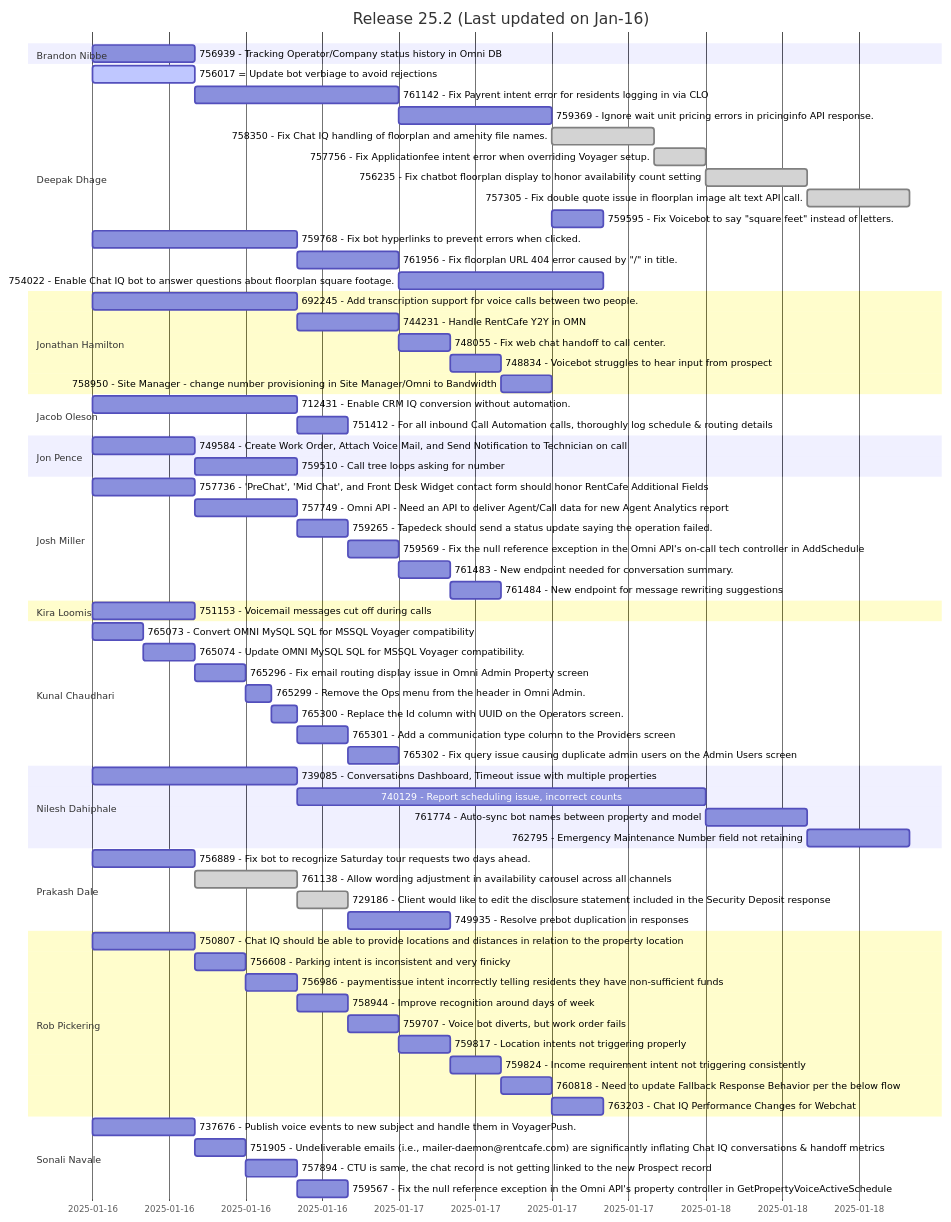
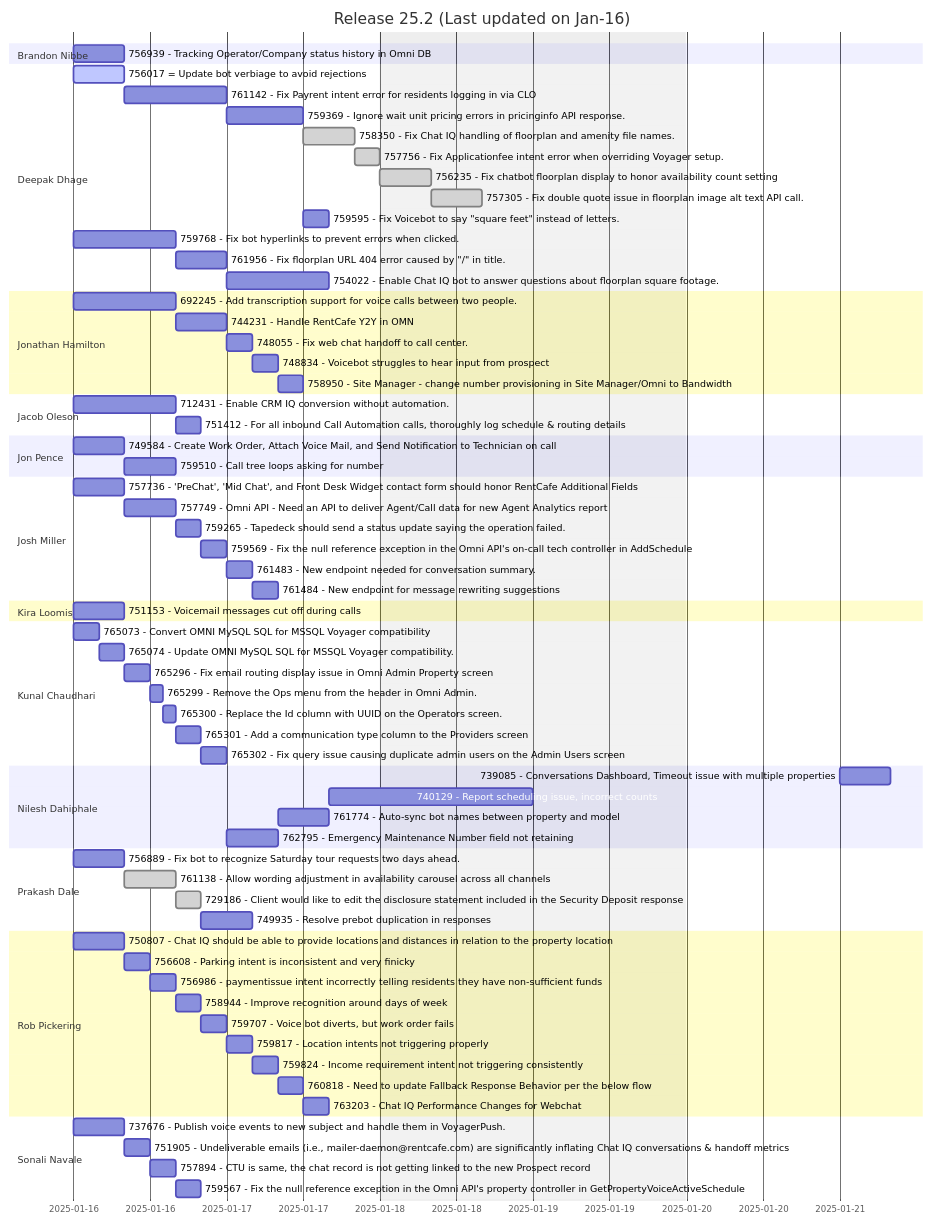
The diagram in README.md (prakash-dale/prakash-dale.github.io), drawn with Mermaid before and after one commit.

```diff
--- a/README.md
+++ b/README.md
@@ -61,10 +61,10 @@
         765302 - Fix query issue causing duplicate admin users on the Admin Users screen: 765302, after 765301, 4h
 
     section Nilesh Dahiphale
-        739085 - Conversations Dashboard, Timeout issue with multiple properties: 739085, Jan-16, 16h
-        740129 - Report scheduling issue, incorrect counts: 740129, after 739085, 32h
-        761774 - Auto-sync bot names between property and model: 761774, after 740129, 8h
-        762795 - Emergency Maintenance Number field not retaining: 762795, after 761774, 8h
+        739085 - Conversations Dashboard, Timeout issue with multiple properties: 739085, after 740129, 8h
+        740129 - Report scheduling issue, incorrect counts: 740129, after 761774, 32h
+        761774 - Auto-sync bot names between property and model: 761774, after 762795, 8h
+        762795 - Emergency Maintenance Number field not retaining: 762795, Jan-17, 8h
     
     section Prakash Dale
         756889 - Fix bot to recognize Saturday tour requests two days ahead.    : 756889, Jan-16, 8h
```
